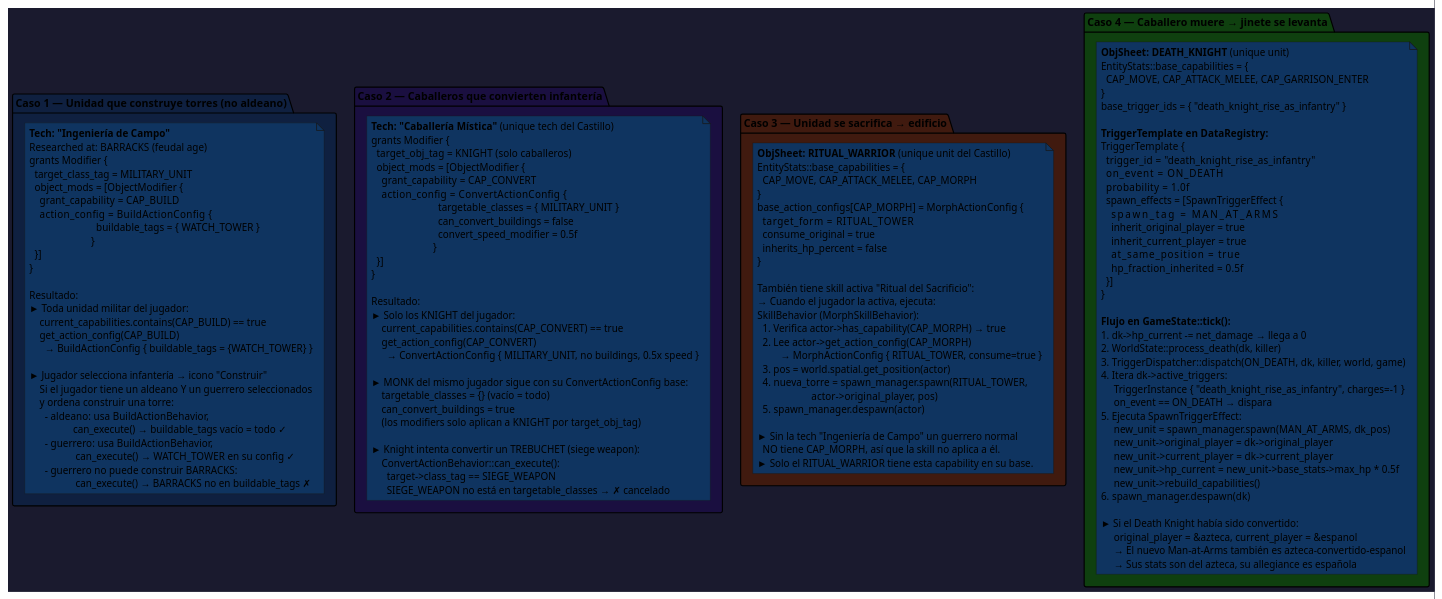
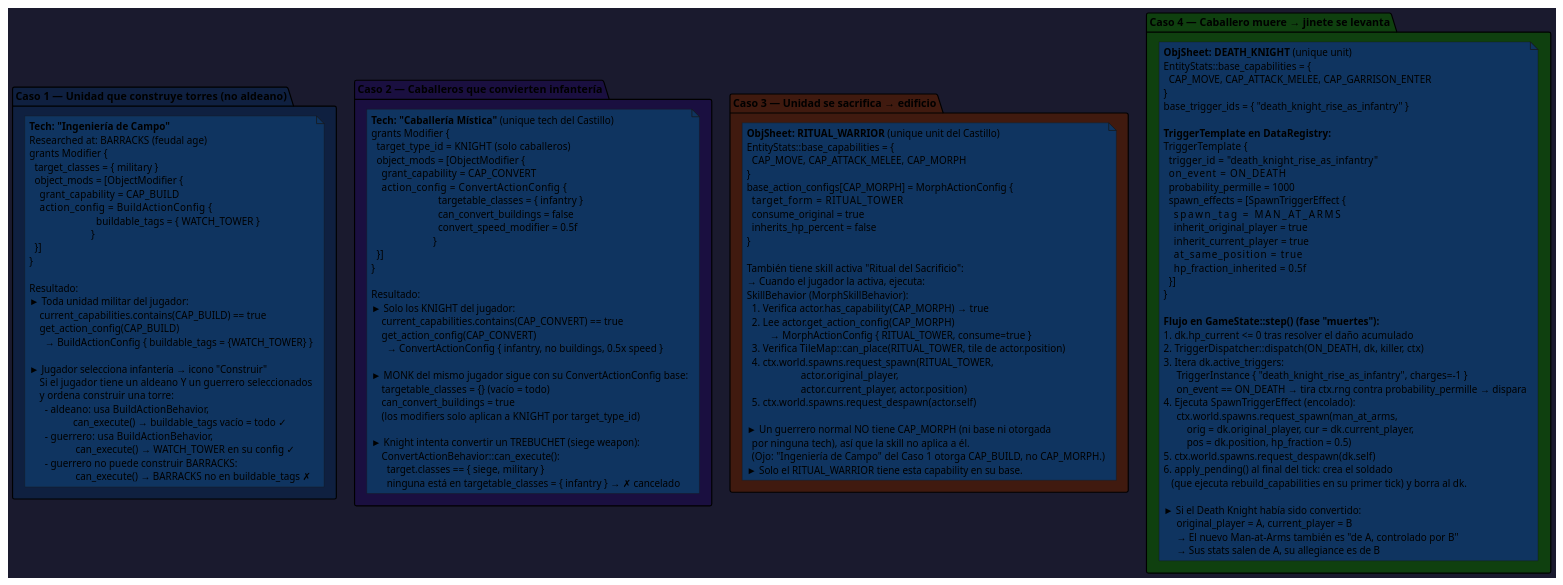
The eighth of 9 diagrams in mutability.md (imanih-code/aoe-clone), drawn with PlantUML before and after one commit. The commit also changed other lines of this file and 3 other files, not shown here.

First line of the commit message:
docs: revise design for a C++20/SFML 3 build and add roadmap

```diff
--- a/mutability.md
+++ b/mutability.md
@@ -870,7 +884,7 @@
     **Tech: "Ingeniería de Campo"**
     Researched at: BARRACKS (feudal age)
     grants Modifier {
-      target_class_tag = MILITARY_UNIT
+      target_classes = { military }
       object_mods = [ObjectModifier {
         grant_capability  = CAP_BUILD
         action_config     = BuildActionConfig {
@@ -901,11 +915,11 @@
   note as C2
     **Tech: "Caballería Mística"** (unique tech del Castillo)
     grants Modifier {
-      target_obj_tag = KNIGHT  (solo caballeros)
+      target_type_id = KNIGHT  (solo caballeros)
       object_mods = [ObjectModifier {
         grant_capability  = CAP_CONVERT
         action_config     = ConvertActionConfig {
-                              targetable_classes = { MILITARY_UNIT }
+                              targetable_classes = { infantry }
                               can_convert_buildings = false
                               convert_speed_modifier = 0.5f
                             }
@@ -916,17 +930,17 @@
     ► Solo los KNIGHT del jugador:
         current_capabilities.contains(CAP_CONVERT) == true
         get_action_config(CAP_CONVERT)
-          → ConvertActionConfig { MILITARY_UNIT, no buildings, 0.5x speed }
+          → ConvertActionConfig { infantry, no buildings, 0.5x speed }
 
     ► MONK del mismo jugador sigue con su ConvertActionConfig base:
         targetable_classes = {} (vacío = todo)
         can_convert_buildings = true
-        (los modifiers solo aplican a KNIGHT por target_obj_tag)
+        (los modifiers solo aplican a KNIGHT por target_type_id)
 
     ► Knight intenta convertir un TREBUCHET (siege weapon):
         ConvertActionBehavior::can_execute():
-          target->class_tag == SIEGE_WEAPON
-          SIEGE_WEAPON no está en targetable_classes → ✗ cancelado
+          target.classes == { siege, military }
+          ninguna está en targetable_classes = { infantry } → ✗ cancelado
   end note
 }
 
@@ -945,16 +959,18 @@
     También tiene skill activa "Ritual del Sacrificio":
     → Cuando el jugador la activa, ejecuta:
     SkillBehavior (MorphSkillBehavior):
-      1. Verifica actor->has_capability(CAP_MORPH) → true
-      2. Lee actor->get_action_config(CAP_MORPH)
+      1. Verifica actor.has_capability(CAP_MORPH) → true
+      2. Lee actor.get_action_config(CAP_MORPH)
              → MorphActionConfig { RITUAL_TOWER, consume=true }
-      3. pos = world.spatial.get_position(actor)
-      4. nueva_torre = spawn_manager.spawn(RITUAL_TOWER,
-                         actor->original_player, pos)
-      5. spawn_manager.despawn(actor)
+      3. Verifica TileMap::can_place(RITUAL_TOWER, tile de actor.position)
+      4. ctx.world.spawns.request_spawn(RITUAL_TOWER,
+                         actor.original_player,
+                         actor.current_player, actor.position)
+      5. ctx.world.spawns.request_despawn(actor.self)
 
-    ► Sin la tech "Ingeniería de Campo" un guerrero normal
-      NO tiene CAP_MORPH, así que la skill no aplica a él.
+    ► Un guerrero normal NO tiene CAP_MORPH (ni base ni otorgada
+      por ninguna tech), así que la skill no aplica a él.
+      (Ojo: "Ingeniería de Campo" del Caso 1 otorga CAP_BUILD, no CAP_MORPH.)
     ► Solo el RITUAL_WARRIOR tiene esta capability en su base.
   end note
 }
@@ -971,7 +987,7 @@
     TriggerTemplate {
       trigger_id    = "death_knight_rise_as_infantry"
       on_event      = ON_DEATH
-      probability   = 1.0f
+      probability_permille = 1000
       spawn_effects = [SpawnTriggerEffect {
         spawn_tag               = MAN_AT_ARMS
         inherit_original_player = true
@@ -981,25 +997,24 @@
       }]
     }
 
-    **Flujo en GameState::tick():**
-    1. dk->hp_current -= net_damage → llega a 0
-    2. WorldState::process_death(dk, killer)
-    3. TriggerDispatcher::dispatch(ON_DEATH, dk, killer, world, game)
-    4. Itera dk->active_triggers:
+    **Flujo en GameState::step() (fase "muertes"):**
+    1. dk.hp_current <= 0 tras resolver el daño acumulado
+    2. TriggerDispatcher::dispatch(ON_DEATH, dk, killer, ctx)
+    3. Itera dk.active_triggers:
          TriggerInstance { "death_knight_rise_as_infantry", charges=-1 }
-         on_event == ON_DEATH → dispara
-    5. Ejecuta SpawnTriggerEffect:
-         new_unit = spawn_manager.spawn(MAN_AT_ARMS, dk_pos)
-         new_unit->original_player = dk->original_player
-         new_unit->current_player  = dk->current_player
-         new_unit->hp_current = new_unit->base_stats->max_hp * 0.5f
-         new_unit->rebuild_capabilities()
-    6. spawn_manager.despawn(dk)
+         on_event == ON_DEATH → tira ctx.rng contra probability_permille → dispara
+    4. Ejecuta SpawnTriggerEffect (encolado):
+         ctx.world.spawns.request_spawn(man_at_arms,
+             orig = dk.original_player, cur = dk.current_player,
+             pos = dk.position, hp_fraction = 0.5)
+    5. ctx.world.spawns.request_despawn(dk.self)
+    6. apply_pending() al final del tick: crea el soldado
+       (que ejecuta rebuild_capabilities en su primer tick) y borra al dk.
 
     ► Si el Death Knight había sido convertido:
-         original_player = &azteca, current_player = &espanol
-         → El nuevo Man-at-Arms también es azteca-convertido-espanol
-         → Sus stats son del azteca, su allegiance es española
+         original_player = A, current_player = B
+         → El nuevo Man-at-Arms también es "de A, controlado por B"
+         → Sus stats salen de A, su allegiance es de B
   end note
 }
 @enduml
```
